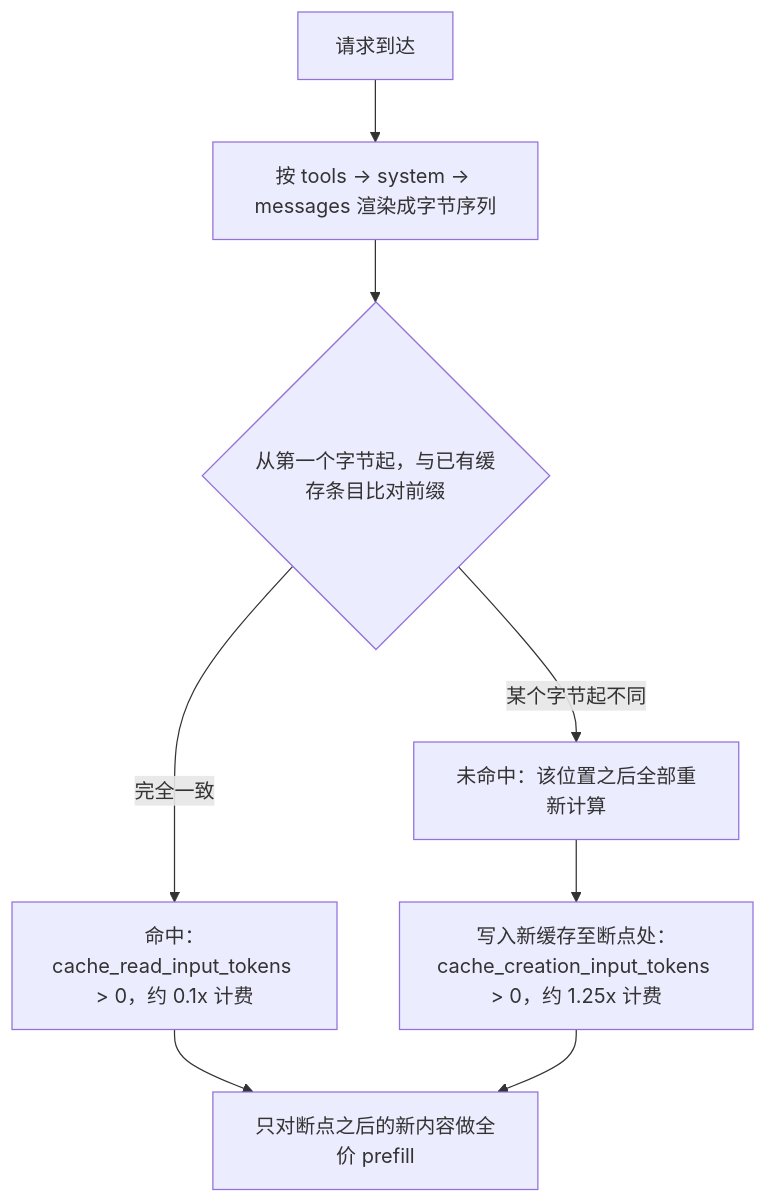
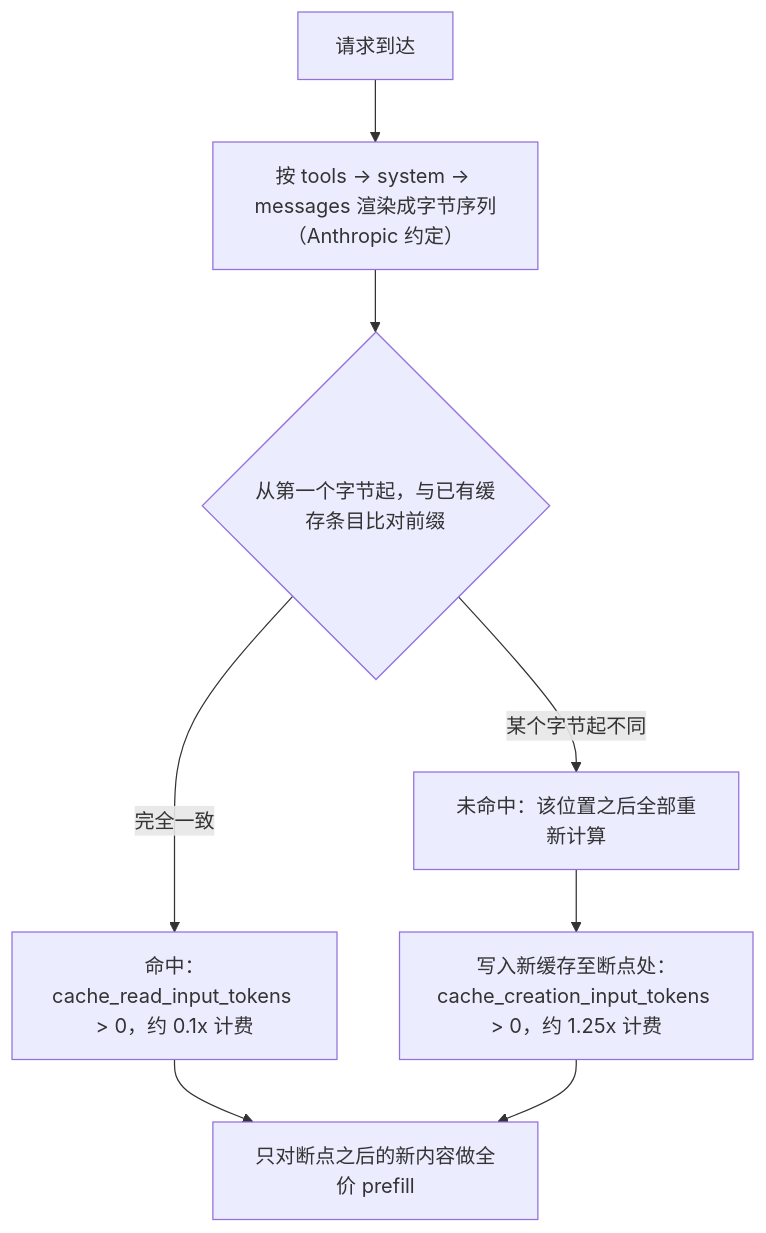
One commit to GuoWWWX/knowledge-base changed the diagram in 10-AI应用开发/01-LLM基础与Prompt/17-Prompt-Caching提示缓存.md. Above: the diagram before and after it, drawn with Mermaid. The commit also changed other lines of this file and 35 other files, not shown here.

````diff
--- a/10-AI应用开发/01-LLM基础与Prompt/17-Prompt-Caching提示缓存.md
+++ b/10-AI应用开发/01-LLM基础与Prompt/17-Prompt-Caching提示缓存.md
@@ -70,10 +70,10 @@
 ```mermaid
 flowchart TD
-    A[请求到达] --> B["按 tools → system → messages 渲染成字节序列"]
+    A[请求到达] --> B["按 tools → system → messages 渲染成字节序列（Anthropic 约定）"]
     B --> C{"从第一个字节起，与已有缓存条目比对前缀"}
     C -->|完全一致| D["命中：cache_read_input_tokens > 0，约 0.1x 计费"]
     C -->|某个字节起不同| E["未命中：该位置之后全部重新计算"]
     E --> F["写入新缓存至断点处：cache_creation_input_tokens > 0，约 1.25x 计费"]
     D --> G[只对断点之后的新内容做全价 prefill]
     F --> G
 ```
````
